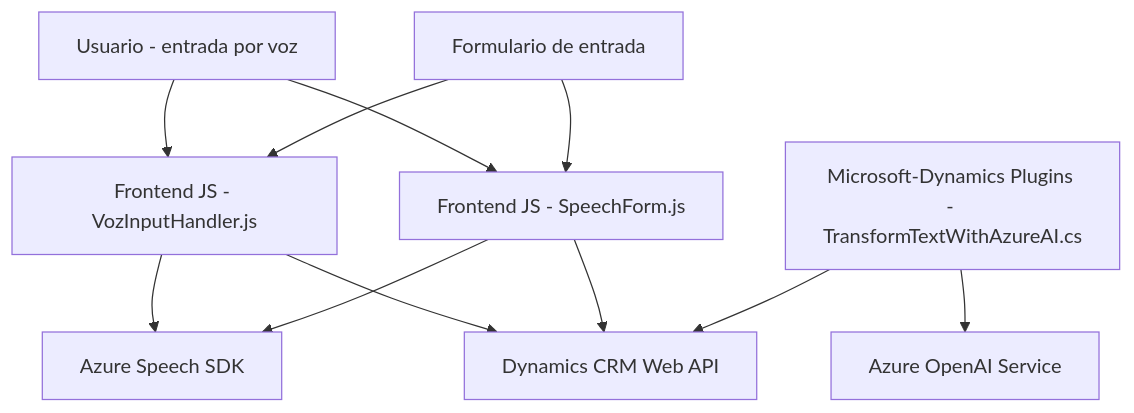
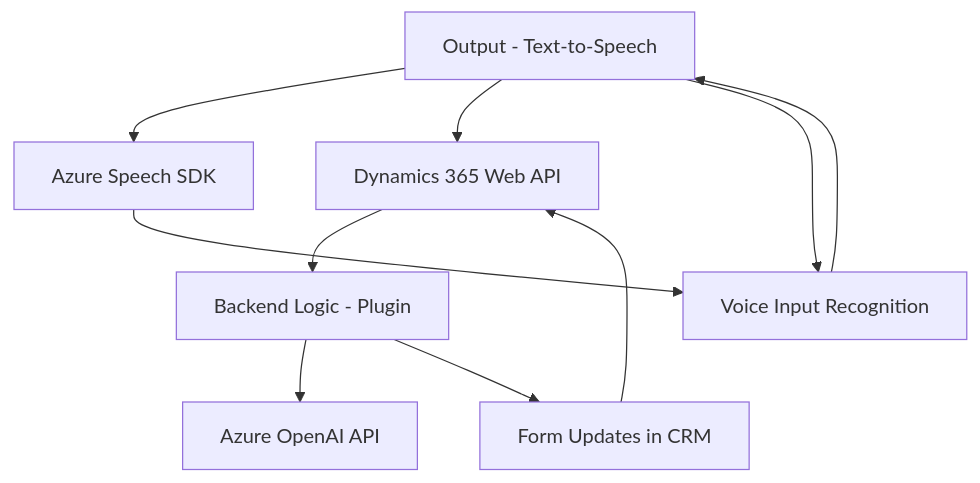
One commit to blopezdm/NETCORE_BILBAO2025 changed the diagram in README.md. Above: the diagram before and after it, drawn with Mermaid. The commit also changed other lines of this file, not shown here.

````diff
--- a/README.md
+++ b/README.md
@@ -50,22 +54,12 @@
 ```mermaid
 graph TD
-    A["Frontend JS - VozInputHandler.js"]
-    B["Frontend JS - SpeechForm.js"]
-    C["Microsoft-Dynamics Plugins - TransformTextWithAzureAI.cs"]
-    D["Azure Speech SDK"]
-    E["Azure OpenAI Service"]
-    F["Dynamics CRM Web API"]
-    G["Formulario de entrada"]
-    H["Usuario - entrada por voz"]
-
-    H --> A
-    H --> B
-    G --> A
-    G --> B
-    A --> D
-    B --> D
+    A[User Interface - JS] --> B["Azure Speech SDK"]
+    A --> C["Dynamics 365 Web API"]
+    C --> D["Backend Logic - Plugin"]
+    D --> E["Azure OpenAI API"]
+    B --> F["Voice Input Recognition"]
     A --> F
-    B --> F
-    C --> F
-    C --> E
+    F --> A["Output - Text-to-Speech"]
+    D --> G["Form Updates in CRM"]
+    G --> C
 ```
````
